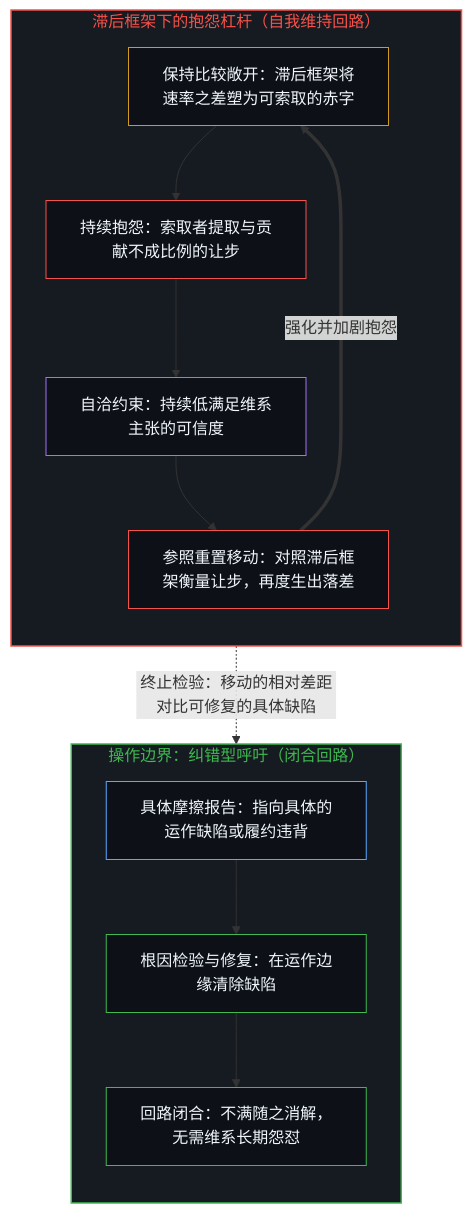
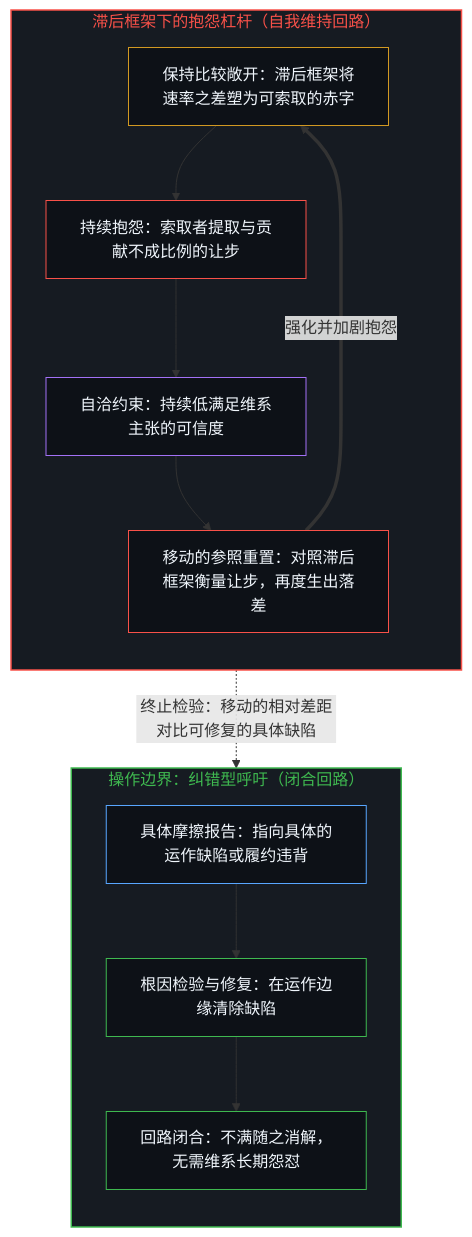
Before and after one commit to powerpig99/not-a-toe: the third of 4 diagrams in content/posts/relative-differentials-and-the-compounding-of-comparison.md, drawn with Mermaid. The commit also changed other lines of this file and 2 other files, not shown here.

````diff
--- a/content/posts/relative-differentials-and-the-compounding-of-comparison.md
+++ b/content/posts/relative-differentials-and-the-compounding-of-comparison.md
@@ -113,29 +113,29 @@
 ```mermaid
 flowchart TD
     subgraph S_Loop["滞后框架下的抱怨杠杆（自我维持回路）"]
         direction TB
         G1["保持比较敞开：滞后框架将速率之差塑为可索取的赤字"]
         G2["持续抱怨：索取者提取与贡献不成比例的让步"]
         G3["自洽约束：持续低满足维系主张的可信度"]
-        G4["参照重置移动：对照滞后框架衡量让步，再度生出落差"]
+        G4["移动的参照重置：对照滞后框架衡量让步，再度生出落差"]
         G1 --> G2 --> G3 --> G4
         G4 ==>|"强化并加剧抱怨"| G1
     end
     subgraph S_Bound["操作边界：纠错型呼吁（闭合回路）"]
         direction TB
         V1["具体摩擦报告：指向具体的运作缺陷或履约违背"]
         V2["根因检验与修复：在运作边缘清除缺陷"]
         V3["回路闭合：不满随之消解，无需维系长期怨怼"]
         V1 --> V2 --> V3
     end
     G4 -.->|"终止检验：移动的相对差距对比可修复的具体缺陷"| V1
     style S_Loop fill:#161b22,stroke:#f85149,stroke-width:1.5px,color:#f85149
     style S_Bound fill:#161b22,stroke:#3fb950,stroke-width:1.5px,color:#3fb950
     style G1 fill:#0d1117,stroke:#d29922,stroke-width:1px,color:#f0f6fc
     style G2 fill:#0d1117,stroke:#f85149,stroke-width:1px,color:#f0f6fc
     style G3 fill:#0d1117,stroke:#a371f7,stroke-width:1px,color:#f0f6fc
     style G4 fill:#0d1117,stroke:#f85149,stroke-width:1px,color:#f0f6fc
     style V1 fill:#0d1117,stroke:#58a6ff,stroke-width:1px,color:#f0f6fc
     style V2 fill:#0d1117,stroke:#3fb950,stroke-width:1px,color:#f0f6fc
     style V3 fill:#0d1117,stroke:#3fb950,stroke-width:1px,color:#f0f6fc
 ```
````
